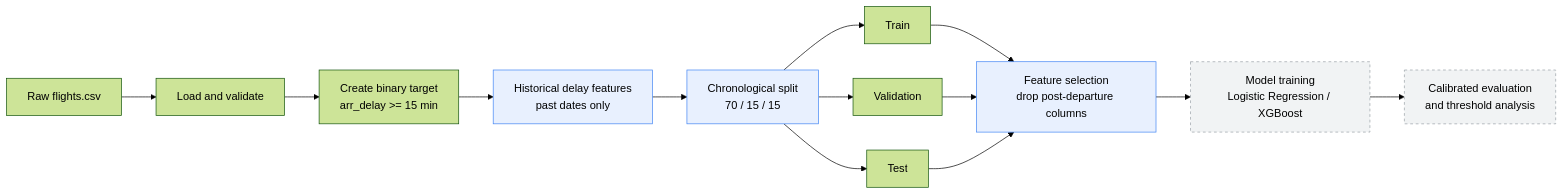
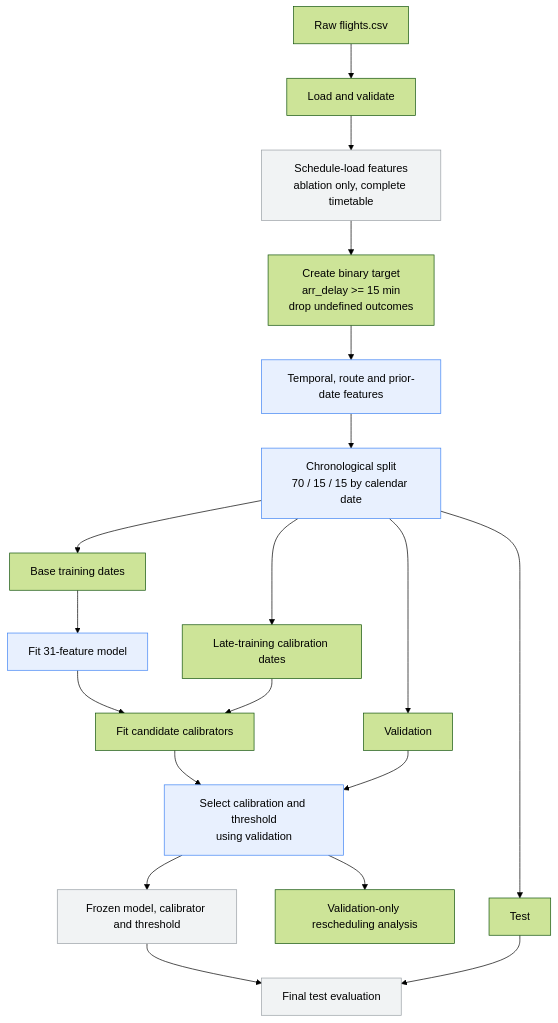
One commit to samiksha-jangid27/flight-delay-prediction changed the diagram in README.md. Above: the diagram before and after it, drawn with Mermaid (forest theme). The commit also changed other lines of this file and 2 other files, not shown here.

Commit message:
pused the final report

````diff
--- a/README.md
+++ b/README.md
@@ -82,22 +83,29 @@
 ```mermaid
-flowchart LR
+flowchart TB
     A[Raw flights.csv] --> B[Load and validate]
-    B --> C[Create binary target<br/>arr_delay >= 15 min]
-    C --> D[Historical delay features<br/>past dates only]
-    D --> E[Chronological split<br/>70 / 15 / 15]
-    E --> F[Train]
-    E --> G[Validation]
-    E --> H[Test]
+    B --> C[Schedule-load features<br/>ablation only, complete timetable]
+    C --> D[Create binary target<br/>arr_delay >= 15 min<br/>drop undefined outcomes]
+    D --> E[Temporal, route and prior-date features]
+    E --> F[Chronological split<br/>70 / 15 / 15 by calendar date]
+    F --> G[Base training dates]
+    F --> H[Late-training calibration dates]
+    F --> I[Validation]
+    F --> J[Test]
+    G --> K[Fit 31-feature model]
+    K --> L[Fit candidate calibrators]
+    H --> L
+    L --> M[Select calibration and threshold<br/>using validation]
+    I --> M
+    M --> N[Frozen model, calibrator and threshold]
+    N --> O[Final test evaluation]
+    J --> O
+    M --> P[Validation-only rescheduling analysis]
 
-    F --> I[Feature selection<br/>drop post-departure columns]
-    G --> I
-    H --> I
-    I --> J[Model training<br/>Logistic Regression / XGBoost]
-    J --> K[Calibrated evaluation<br/>and threshold analysis]
-
-    style D fill:#e8f0fe,stroke:#4285f4
+    style C fill:#f1f3f4,stroke:#9aa0a6
     style E fill:#e8f0fe,stroke:#4285f4
-    style I fill:#e8f0fe,stroke:#4285f4
-    style J fill:#f1f3f4,stroke:#9aa0a6,stroke-dasharray: 4 4
-    style K fill:#f1f3f4,stroke:#9aa0a6,stroke-dasharray: 4 4
+    style F fill:#e8f0fe,stroke:#4285f4
+    style K fill:#e8f0fe,stroke:#4285f4
+    style M fill:#e8f0fe,stroke:#4285f4
+    style N fill:#f1f3f4,stroke:#9aa0a6
+    style O fill:#f1f3f4,stroke:#9aa0a6
 ```
````
